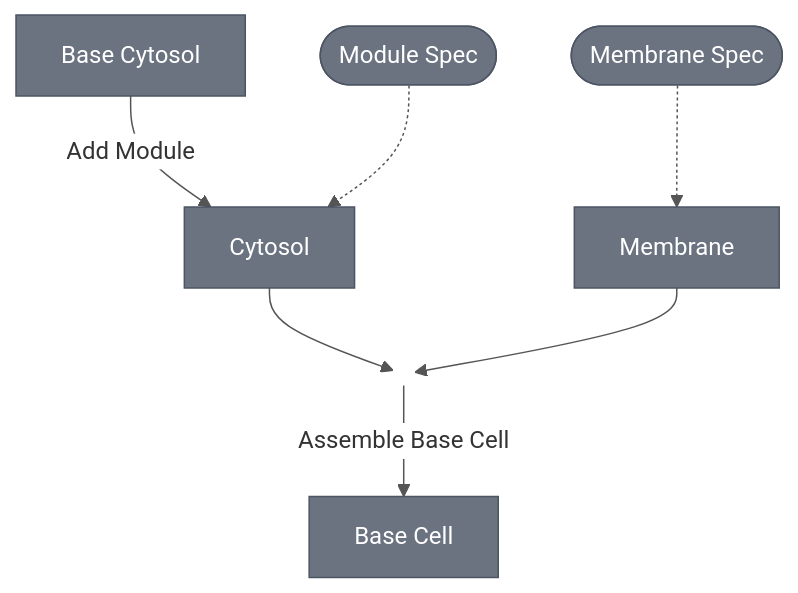
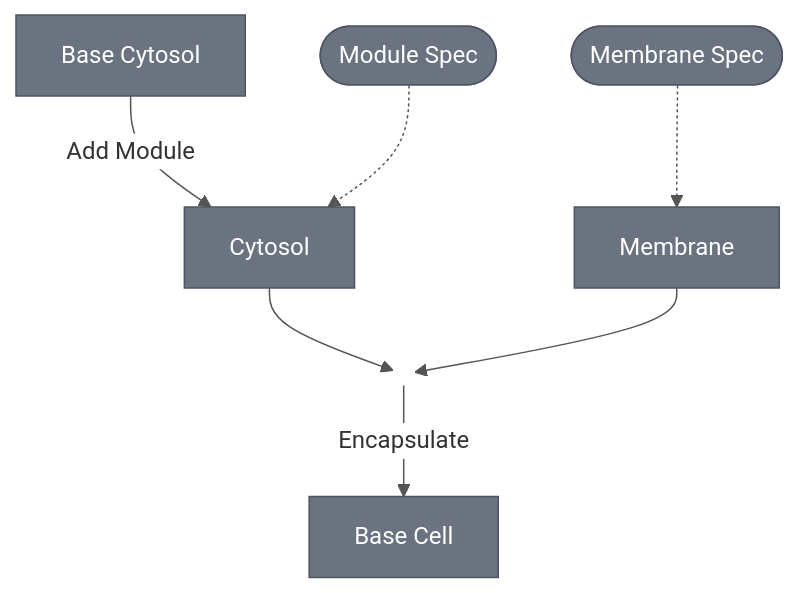
Before and after one commit to nucleus-eng/nucleus-docs: the first of 2 diagrams in docs/processes/processes-main.md, drawn with Mermaid. The commit also changed other lines of this file and 9 other files, not shown here.

First line of the commit message:
feat(#163,#167): split Base Cell spec from encapsulation process, add Dye Liposomes module

````diff
--- a/docs/processes/processes-main.md
+++ b/docs/processes/processes-main.md
@@ -13,22 +13,22 @@
 ```{mermaid}
 %%{init: {'theme': 'base', 'themeVariables': {'lineColor': '#555555', 'edgeLabelBackground': '#ffffff'}}}%%
 flowchart TB
     BaseCytosol["Base Cytosol"] -->|"Add Module"| Cytosol["Cytosol"]
     ModSpec(["Module Spec"]) -.-> Cytosol
     Cytosol & Membrane["Membrane"] --> J(( ))
-    J --> |"Assemble Base Cell"| BaseCell["Base Cell"]
+    J --> |"Encapsulate"| BaseCell["Base Cell"]
     MemSpec(["Membrane Spec"]) -.-> Membrane
 
     style BaseCytosol fill:#6B7280,color:#ffffff,stroke:#4B5563
     style Cytosol fill:#6B7280,color:#ffffff,stroke:#4B5563
     style Membrane fill:#6B7280,color:#ffffff,stroke:#4B5563
     style BaseCell fill:#6B7280,color:#ffffff,stroke:#4B5563
     style ModSpec fill:#6B7280,color:#ffffff,stroke:#4B5563
     style MemSpec fill:#6B7280,color:#ffffff,stroke:#4B5563
     style J fill:none,stroke:none
 
     click BaseCytosol "../modules/base-cytosol/spec"
-    click BaseCell "./assemble-base-cell/main"
+    click BaseCell "../modules/base-cell/spec"
     click ModSpec "../modules/modules-main"
     click MemSpec "../modules/membrane-popc-chol/spec"
 ```
````
